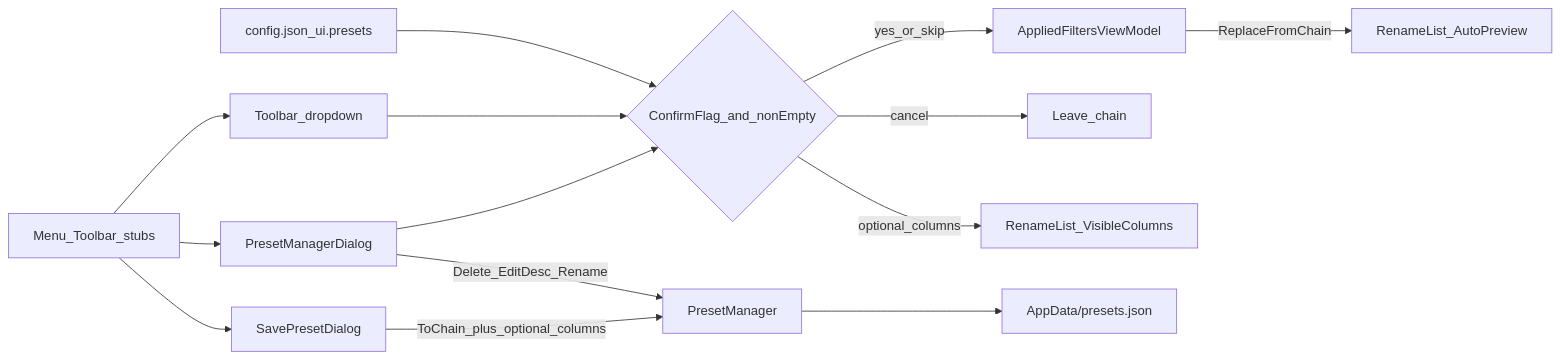
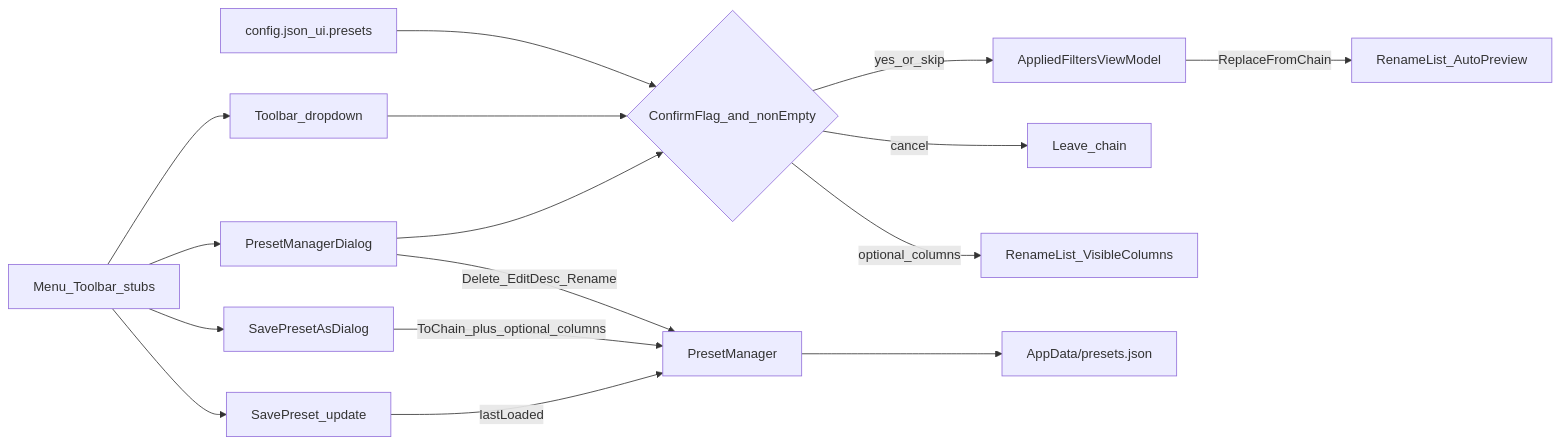
Before and after one commit to davidohana/finebytes: the diagram in docs/plans/presets-ui.plan.md, drawn with Mermaid. The commit also changed other lines of this file and 17 other files, not shown here.

````diff
--- a/docs/plans/presets-ui.plan.md
+++ b/docs/plans/presets-ui.plan.md
@@ -43,16 +45,18 @@
 ```mermaid
 flowchart LR
   stubs[Menu_Toolbar_stubs] --> mgr[PresetManagerDialog]
-  stubs --> save[SavePresetDialog]
+  stubs --> saveAs[SavePresetAsDialog]
+  stubs --> saveInPlace[SavePreset_update]
+  saveInPlace -->|lastLoaded| pm[PresetManager]
   mgr --> confirmGate{ConfirmFlag_and_nonEmpty}
   stubs --> quickPick[Toolbar_dropdown]
   quickPick --> confirmGate
   confirmGate -->|yes_or_skip| applied[AppliedFiltersViewModel]
   confirmGate -->|cancel| stay[Leave_chain]
   applied -->|ReplaceFromChain| preview[RenameList_AutoPreview]
   confirmGate -->|optional_columns| rlCols[RenameList_VisibleColumns]
-  save -->|ToChain_plus_optional_columns| pm[PresetManager]
+  saveAs -->|ToChain_plus_optional_columns| pm
   mgr -->|Delete_EditDesc_Rename| pm
   pm --> json["AppData/presets.json"]
   cfg["config.json_ui.presets"] --> confirmGate
 ```
````
